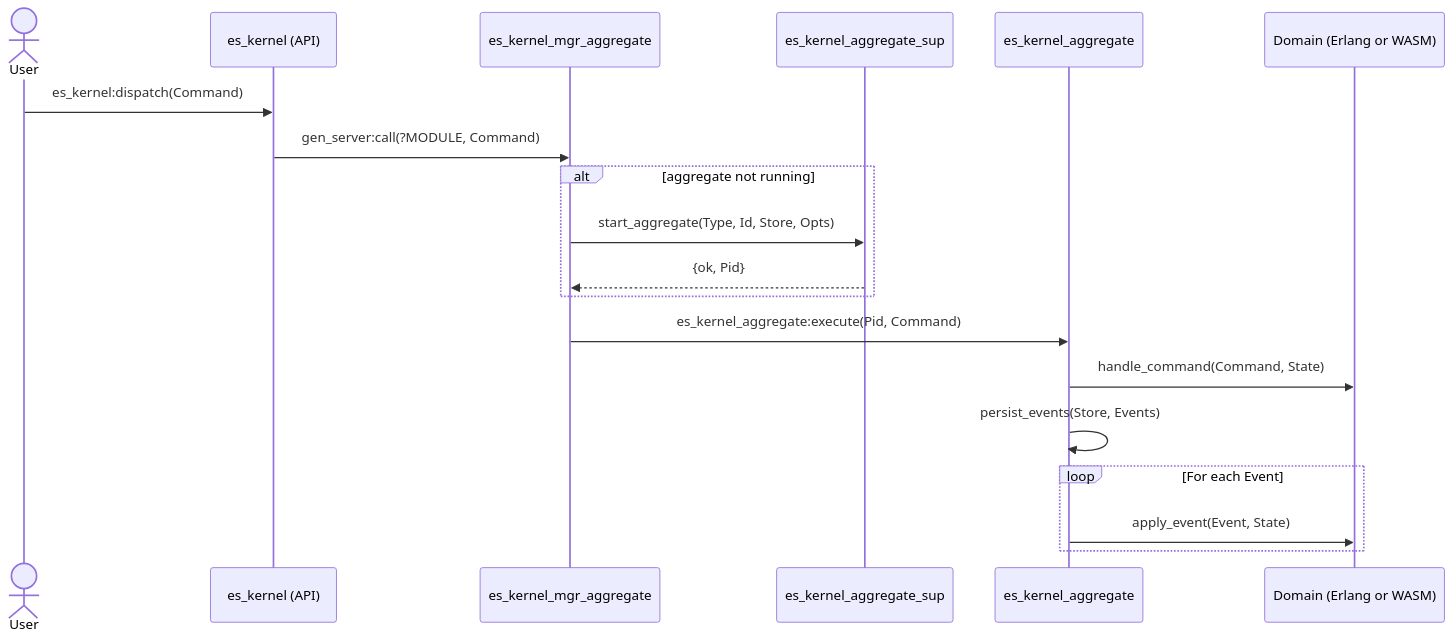
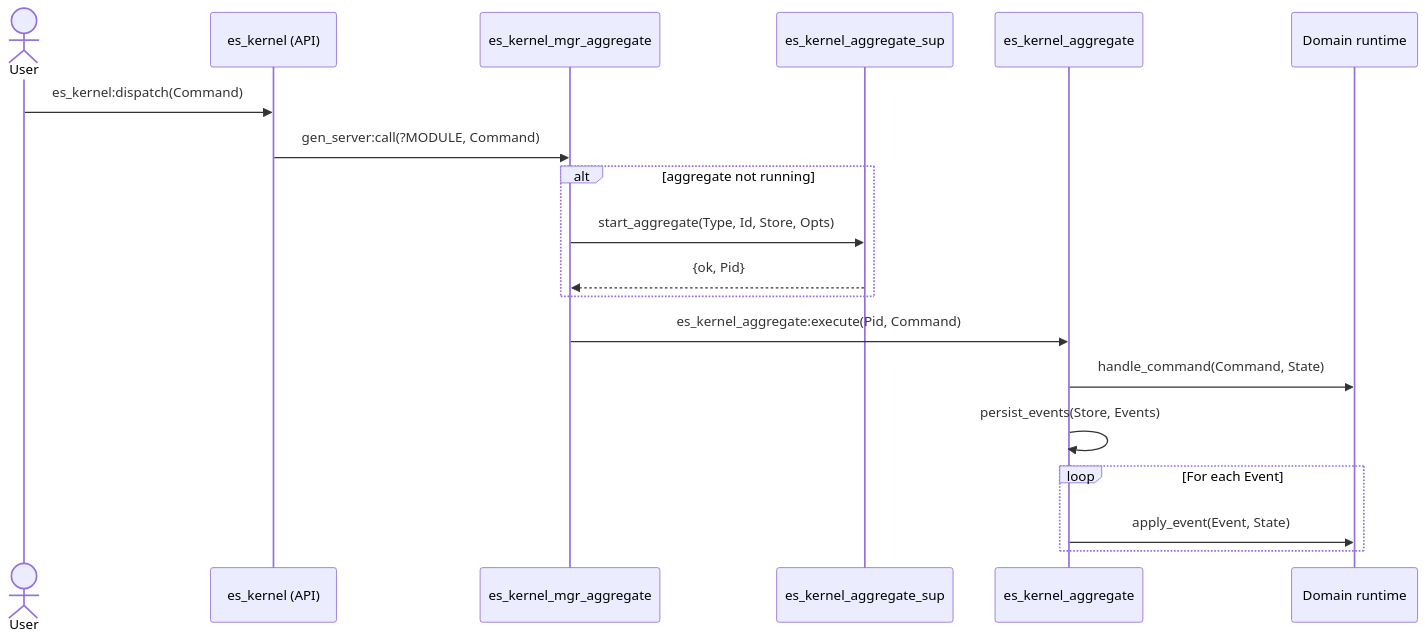
One commit to ccamel/erlang-event-sourcing-xp changed the first of 2 diagrams in README.md. Above: the diagram before and after it, drawn with Mermaid. The commit also changed other lines of this file, not shown here.

Commit message:
docs(runtime): document runtime extension and WASM migration

````diff
--- a/README.md
+++ b/README.md
@@ -356,25 +356,25 @@
 ```mermaid
 sequenceDiagram
     actor User
     participant Kernel as es_kernel (API)
     participant AggMgr as es_kernel_mgr_aggregate
     participant AggSup as es_kernel_aggregate_sup
     participant Agg as es_kernel_aggregate
-    participant DomainModule as Domain (Erlang or WASM)
+    participant DomainModule as Domain runtime
 
     User ->> Kernel: es_kernel:dispatch(Command)
     Kernel ->> AggMgr: gen_server:call(?MODULE, Command)
 
     alt aggregate not running
         AggMgr ->> AggSup: start_aggregate(Type, Id, Store, Opts)
         AggSup -->> AggMgr: {ok, Pid}
     end
 
     AggMgr ->> Agg: es_kernel_aggregate:execute(Pid, Command)
     Agg ->> DomainModule: handle_command(Command, State)
     Agg ->> Agg: persist_events(Store, Events)
 
     loop For each Event
         Agg ->> DomainModule: apply_event(Event, State)
     end
 ```
````
